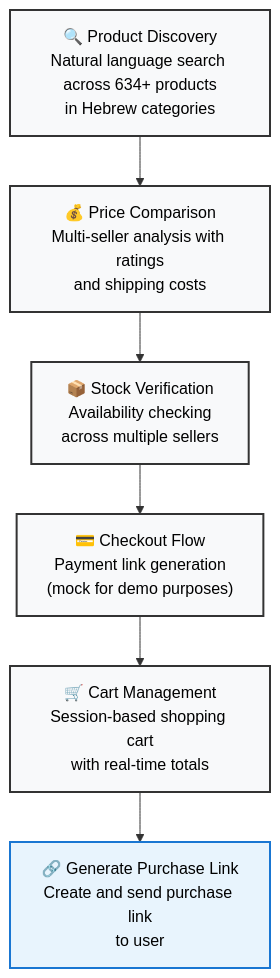
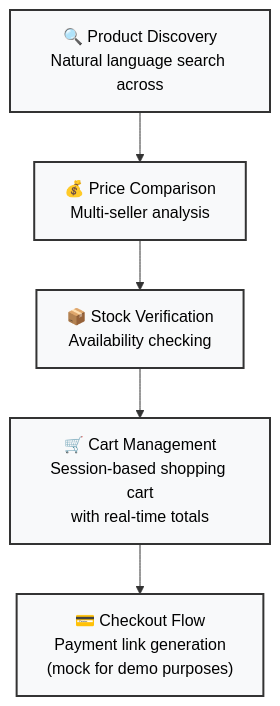
The diagram in README.md (tamirblu/Zap-Assignment), drawn with Mermaid before and after one commit.

Commit message:
- Modified payment link generation logic to clear the cart after a payment link is created, ensuring a clean state for subsequent transactions.

````diff
--- a/README.md
+++ b/README.md
@@ -17,19 +17,17 @@
 ```mermaid
 flowchart TD
-    A["🔍 Product Discovery<br/>Natural language search across 634+ products<br/>in Hebrew categories"] --> B["💰 Price Comparison<br/>Multi-seller analysis with ratings<br/>and shipping costs"]
+    A["🔍 Product Discovery<br/>Natural language search across"] --> B["💰 Price Comparison<br/>Multi-seller analysis"]
     
-    B --> C["📦 Stock Verification<br/>Availability checking<br/>across multiple sellers"]
+    B --> C["📦 Stock Verification<br/>Availability checking"]
+
+    C --> D["🛒 Cart Management<br/>Session-based shopping cart<br/>with real-time totals"]
+
+    D --> E["💳 Checkout Flow<br/>Payment link generation<br/>(mock for demo purposes)"]
     
-    C --> D["💳 Checkout Flow<br/>Payment link generation<br/>(mock for demo purposes)"]
-    
-    D --> E["🛒 Cart Management<br/>Session-based shopping cart<br/>with real-time totals"]
-    
-    E --> F["🔗 Generate Purchase Link<br/>Create and send purchase link<br/>to user"]
-    
+        
     style A fill:#f8f9fa,stroke:#333,stroke-width:2px,color:#000
     style B fill:#f8f9fa,stroke:#333,stroke-width:2px,color:#000
     style C fill:#f8f9fa,stroke:#333,stroke-width:2px,color:#000
     style D fill:#f8f9fa,stroke:#333,stroke-width:2px,color:#000
     style E fill:#f8f9fa,stroke:#333,stroke-width:2px,color:#000
-    style F fill:#e8f4fd,stroke:#1976d2,stroke-width:2px,color:#000
 ```
````
